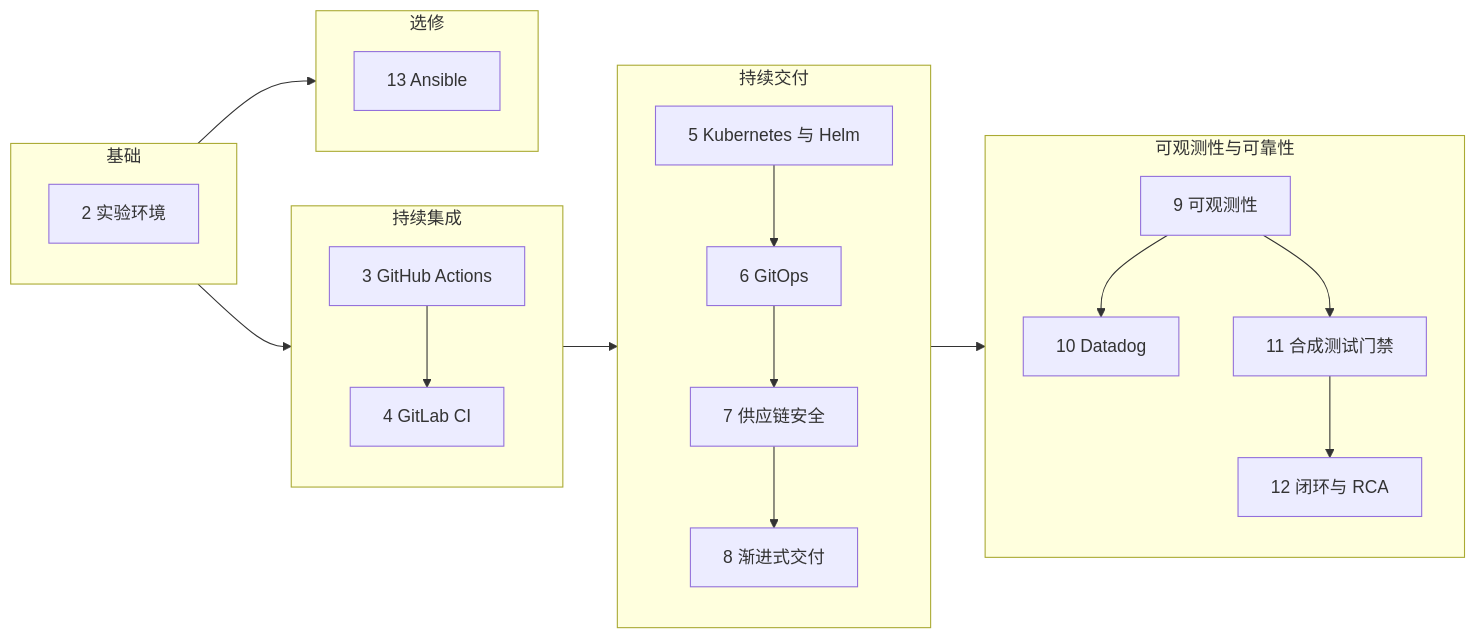
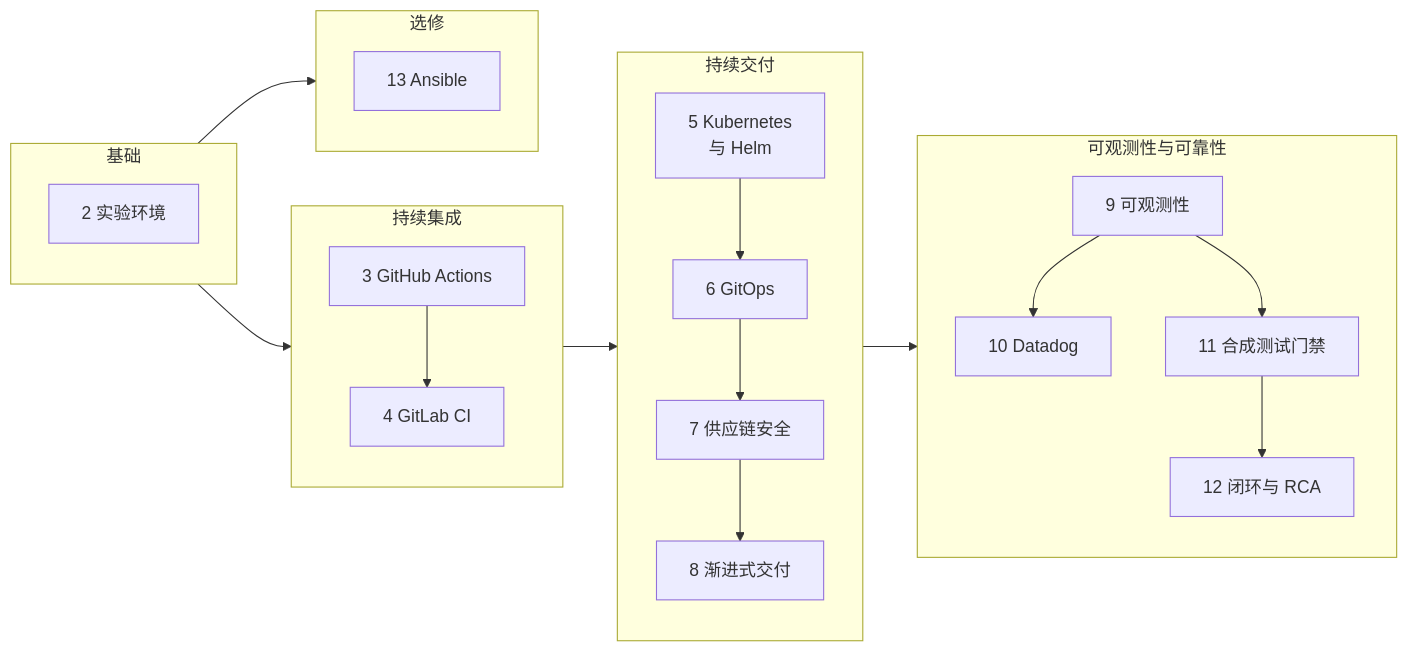
One commit to miku-wwl/devops-delivery changed the second of 2 diagrams in manual/chapters/01-overview.md. Above: the diagram before and after it, drawn with Mermaid. The commit also changed other lines of this file and 28 other files, not shown here.

````diff
--- a/manual/chapters/01-overview.md
+++ b/manual/chapters/01-overview.md
@@ -82,26 +82,26 @@
 ```{.mermaid caption="全书结构：五个部分依次展开，每部分内部按箭头顺序阅读"}
 flowchart LR
   subgraph P1["基础"]
     direction TB
     C2["2 实验环境"]
   end
   subgraph P2["持续集成"]
     direction TB
     C3["3 GitHub Actions"] --> C4["4 GitLab CI"]
   end
   subgraph P3["持续交付"]
     direction TB
-    C5["5 Kubernetes 与 Helm"] --> C6["6 GitOps"] --> C7["7 供应链安全"] --> C8["8 渐进式交付"]
+    C5["5 Kubernetes<br/>与 Helm"] --> C6["6 GitOps"] --> C7["7 供应链安全"] --> C8["8 渐进式交付"]
   end
   subgraph P4["可观测性与可靠性"]
     direction TB
     C9["9 可观测性"] --> C10["10 Datadog"]
     C9 --> C11["11 合成测试门禁"] --> C12["12 闭环与 RCA"]
   end
   subgraph P5["选修"]
     direction TB
     C13["13 Ansible"]
   end
   P1 --> P2 --> P3 --> P4
   P1 --> P5
 ```
````
